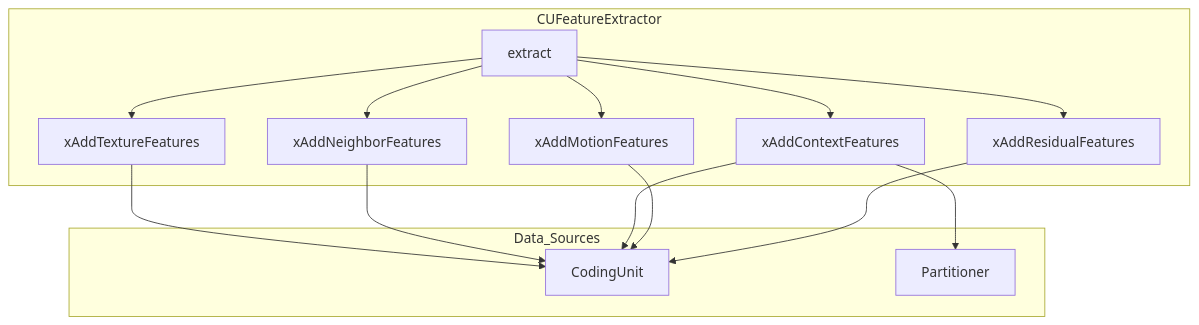
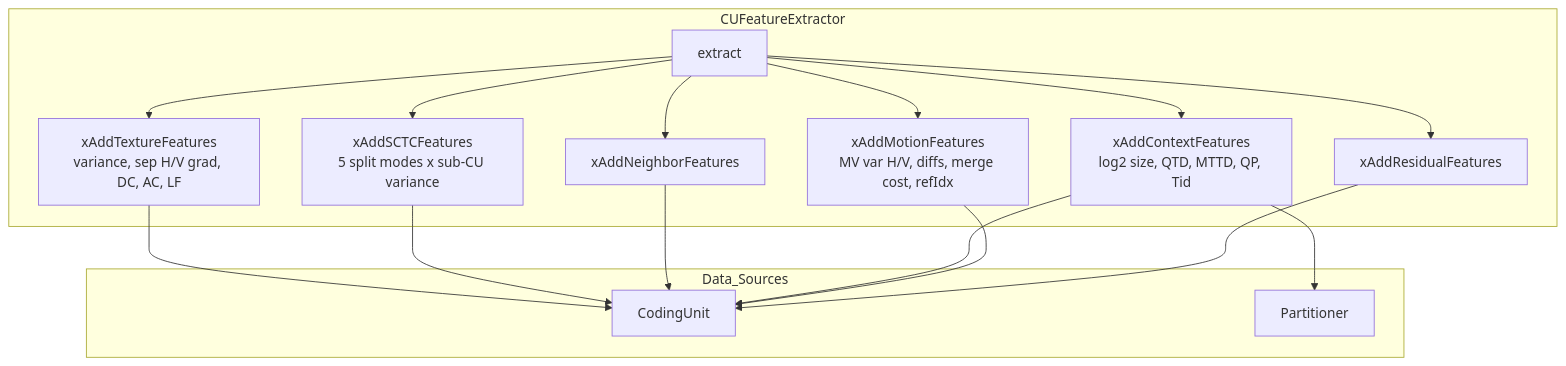
One commit to opensassi/deepenc changed the diagram in source/Lib/MLTools/CUFeatureExtractor.spec.md. Above: the diagram before and after it, drawn with Mermaid. The commit also changed other lines of this file and 24 other files, not shown here.

````diff
--- a/source/Lib/MLTools/CUFeatureExtractor.spec.md
+++ b/source/Lib/MLTools/CUFeatureExtractor.spec.md
@@ -104,26 +134,29 @@
 ```mermaid
 graph TB
     subgraph CUFeatureExtractor
         EXTRACT[extract]
-        TEXTURE[xAddTextureFeatures]
+        TEXTURE[xAddTextureFeatures<br/>variance, sep H/V grad, DC, AC, LF]
+        SCTC[xAddSCTCFeatures<br/>5 split modes x sub-CU variance]
         NEIGHBOR[xAddNeighborFeatures]
-        CONTEXT[xAddContextFeatures]
-        MOTION[xAddMotionFeatures]
+        CONTEXT[xAddContextFeatures<br/>log2 size, QTD, MTTD, QP, Tid]
+        MOTION[xAddMotionFeatures<br/>MV var H/V, diffs, merge cost, refIdx]
         RESIDUAL[xAddResidualFeatures]
     end
     subgraph Data_Sources
         CU[CodingUnit]
         PART[Partitioner]
     end
     EXTRACT --> TEXTURE
+    EXTRACT --> SCTC
     EXTRACT --> NEIGHBOR
     EXTRACT --> CONTEXT
     EXTRACT --> MOTION
     EXTRACT --> RESIDUAL
     TEXTURE --> CU
+    SCTC --> CU
     NEIGHBOR --> CU
     CONTEXT --> CU
     CONTEXT --> PART
     MOTION --> CU
     RESIDUAL --> CU
 ```
````
